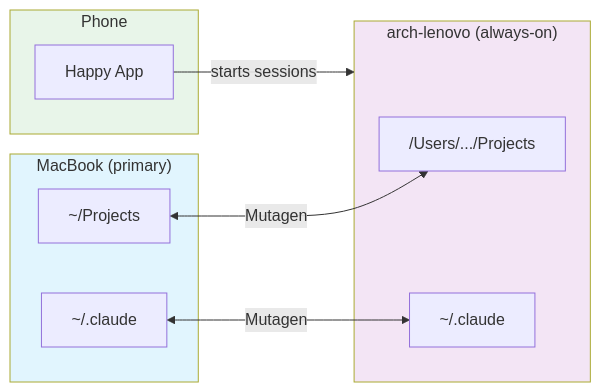
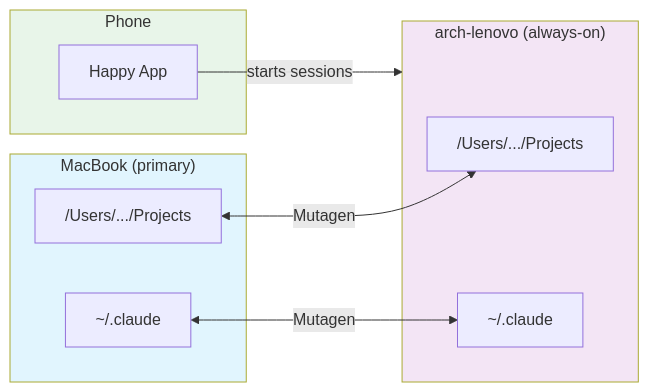
Before and after one commit to lucharo/always-on-claude: the first of 3 diagrams in README.md, drawn with Mermaid.

Commit message:
Fix diagram - same /Users/... path on both machines
That's the whole point of the bind mount setup.

````diff
--- a/README.md
+++ b/README.md
@@ -5,24 +5,24 @@
 ```mermaid
 flowchart LR
     subgraph MacBook["MacBook (primary)"]
-        MP["~/Projects"]
+        MP["/Users/.../Projects"]
         MC["~/.claude"]
     end
 
     subgraph Server["arch-lenovo (always-on)"]
         SP["/Users/.../Projects"]
         SC["~/.claude"]
     end
 
     subgraph Phone
         H["Happy App"]
     end
 
     MP <-->|Mutagen| SP
     MC <-->|Mutagen| SC
     H -->|starts sessions| Server
 
     style MacBook fill:#e1f5fe
     style Server fill:#f3e5f5
     style Phone fill:#e8f5e9
 ```
````
